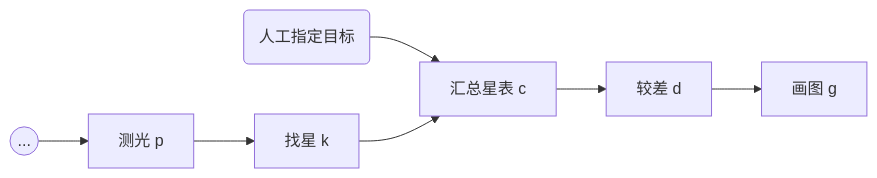
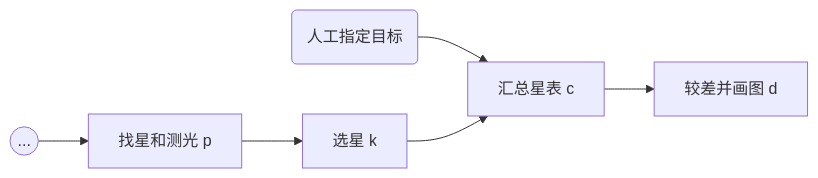
Before and after one commit to DrJieZheng/qlcp: the second of 2 diagrams in manual.md, drawn with Mermaid. The commit also changed other lines of this file and 1 other file, not shown here.

````diff
--- a/manual.md
+++ b/manual.md
@@ -283,9 +283,8 @@
 ```mermaid
 graph LR;
-  X((...)) --> P[测光 p];
-  P --> K[找星 k];
+  X((...)) --> P[找星和测光 p];
+  P --> K[选星 k];
   AK(人工指定目标) --> C[汇总星表 c];
   K --> C
-  C --> D[较差 d];
-  D --> G[画图 g];
+  C --> D[较差并画图 d];
 ```
````
